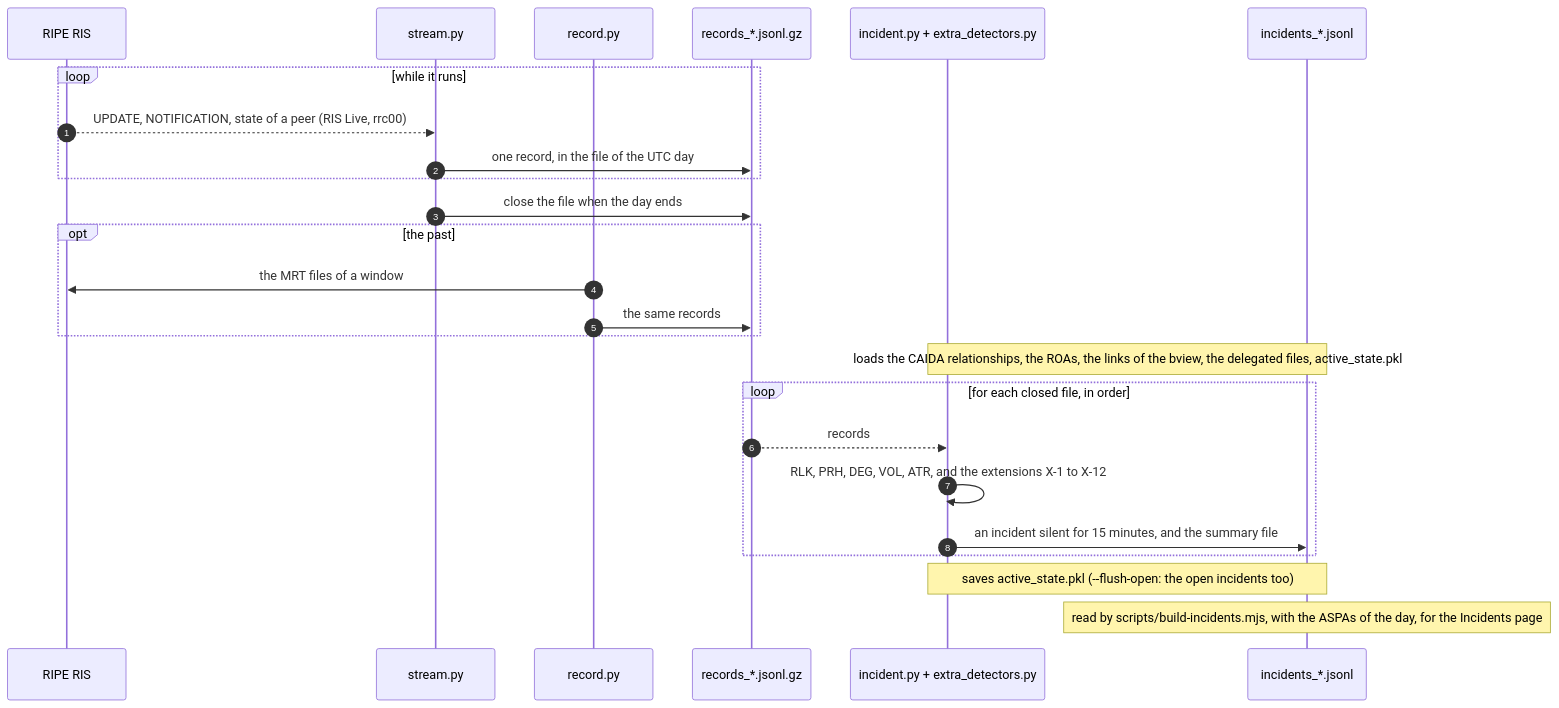
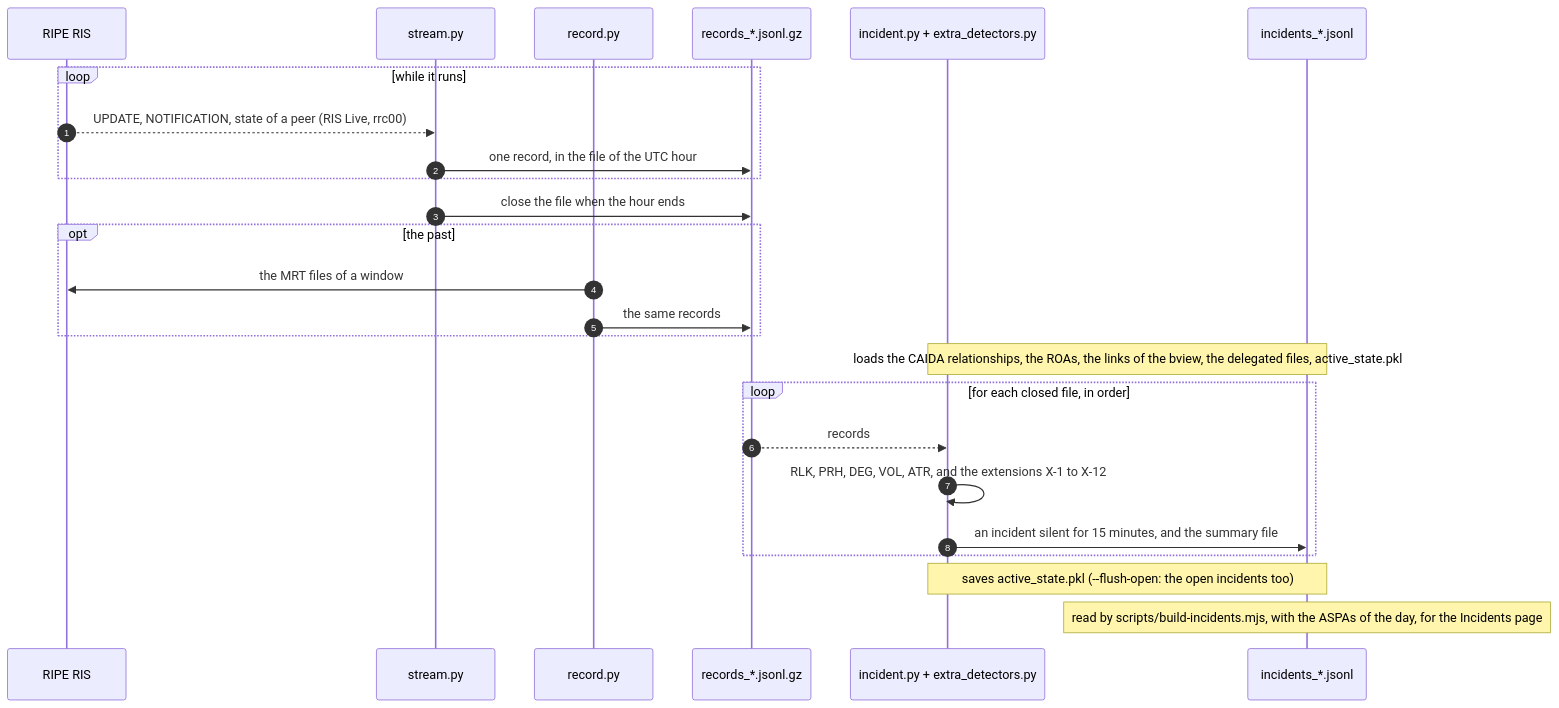
The diagram in tools/data_scripts/README.md (Antonio-Prado/aspa-explorer), drawn with Mermaid before and after one commit. The commit also changed other lines of this file and 6 other files, not shown here.

Commit message:
Incidents every hour: stream.py closes a file each UTC hour, run-incidents.sh runs hourly

````diff
--- a/tools/data_scripts/README.md
+++ b/tools/data_scripts/README.md
@@ -11,30 +11,30 @@
 ```mermaid
 sequenceDiagram
     autonumber
     participant RIS as RIPE RIS
     participant S as stream.py
     participant R as record.py
     participant D as records_*.jsonl.gz
     participant I as incident.py + extra_detectors.py
     participant O as incidents_*.jsonl
 
     loop while it runs
         RIS-->>S: UPDATE, NOTIFICATION, state of a peer (RIS Live, rrc00)
-        S->>D: one record, in the file of the UTC day
+        S->>D: one record, in the file of the UTC hour
     end
-    S->>D: close the file when the day ends
+    S->>D: close the file when the hour ends
 
     opt the past
         R->>RIS: the MRT files of a window
         R->>D: the same records
     end
 
     Note over I,O: loads the CAIDA relationships, the ROAs, the links of the bview, the delegated files, active_state.pkl
     loop for each closed file, in order
         D-->>I: records
         I->>I: RLK, PRH, DEG, VOL, ATR, and the extensions X-1 to X-12
         I->>O: an incident silent for 15 minutes, and the summary file
     end
     Note over I,O: saves active_state.pkl (--flush-open: the open incidents too)
     Note over O: read by scripts/build-incidents.mjs, with the ASPAs of the day, for the Incidents page
 ```
````
